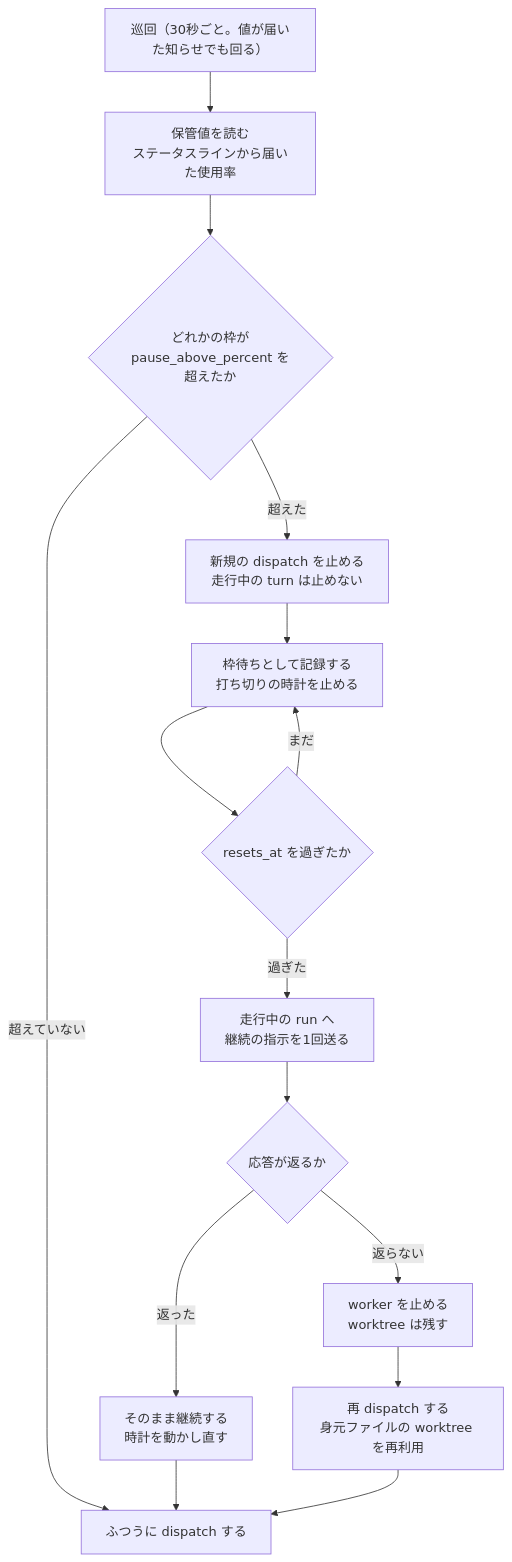
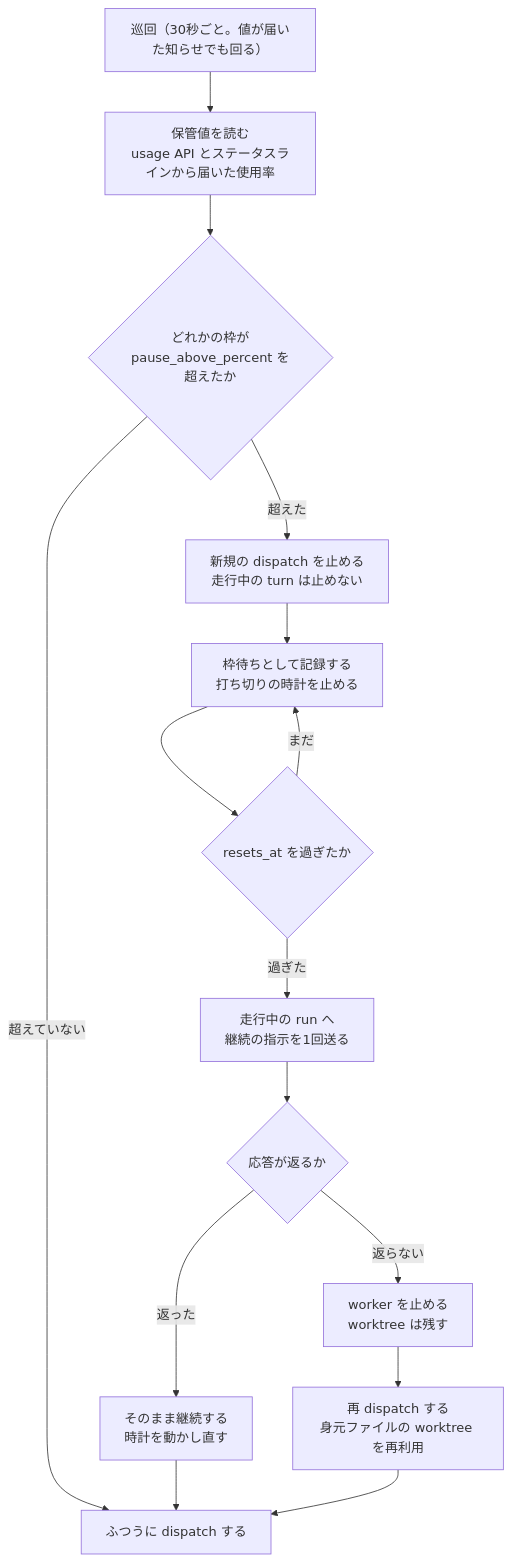
One commit to maimuzo/continuo changed the fourth of 4 diagrams in docs/plans/continuo_design_slim.md. Above: the diagram before and after it, drawn with Mermaid. The commit also changed other lines of this file and 84 other files, not shown here.

Commit message:
使用率を usage API から主に読み、誤りのあいだは statusline取得へ切り替える rate_limit.source の既定を oauth_usage_api に戻し、allow-keychain-access と doctor の資格情報の検査を戻す。1度も読めていないまま値が届かなければ statusline取得を止める

````diff
--- a/docs/plans/continuo_design_slim.md
+++ b/docs/plans/continuo_design_slim.md
@@ -404,20 +404,20 @@
 ```mermaid
 flowchart TB
-    poll["巡回（30秒ごと。値が届いた知らせでも回る）"] --> usage["保管値を読む<br/>ステータスラインから届いた使用率"]
+    poll["巡回（30秒ごと。値が届いた知らせでも回る）"] --> usage["保管値を読む<br/>usage API とステータスラインから届いた使用率"]
     usage --> over{"どれかの枠が<br/>pause_above_percent を超えたか"}
     over -->|"超えた"| stop["新規の dispatch を止める<br/>走行中の turn は止めない"]
     over -->|"超えていない"| normal["ふつうに dispatch する"]
 
     stop --> waiting["枠待ちとして記録する<br/>打ち切りの時計を止める"]
     waiting --> reset{"resets_at を過ぎたか"}
     reset -->|"まだ"| waiting
     reset -->|"過ぎた"| probe["走行中の run へ<br/>継続の指示を1回送る"]
 
     probe --> resp{"応答が返るか"}
     resp -->|"返った"| resume["そのまま継続する<br/>時計を動かし直す"]
     resp -->|"返らない"| kill["worker を止める<br/>worktree は残す"]
     kill --> redispatch["再 dispatch する<br/>身元ファイルの worktree を再利用"]
 
     resume --> normal
     redispatch --> normal
 ```
````
